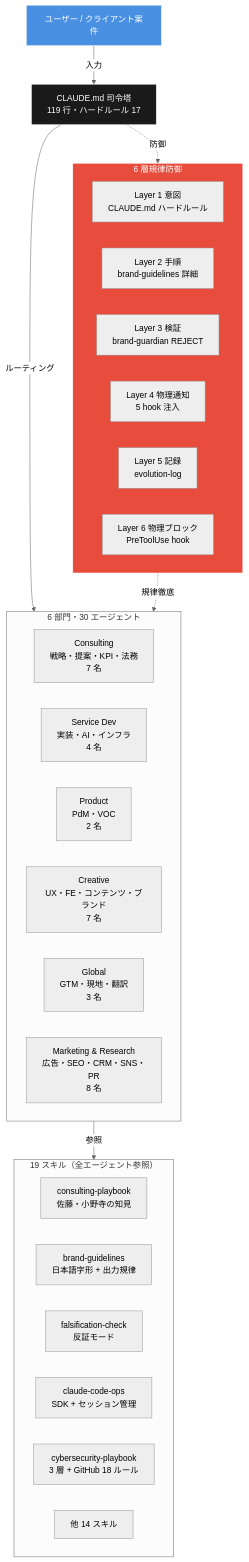
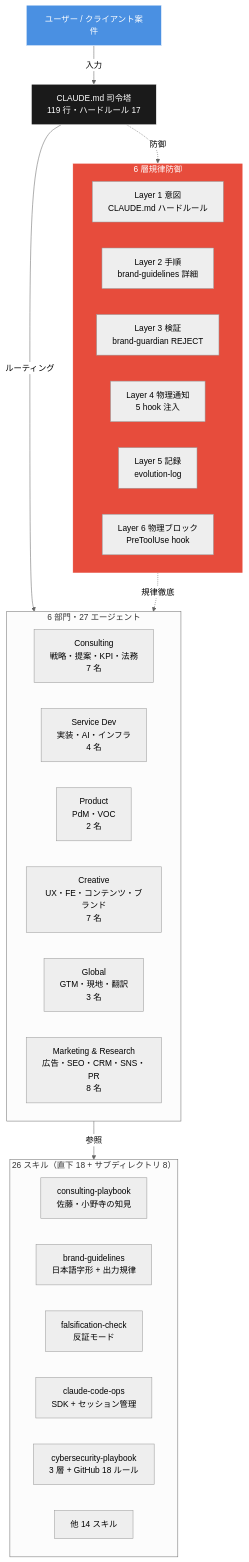
Before and after one commit to nbyk115/consulting-os: the first of 4 diagrams in README.md, drawn with Mermaid (neutral theme). The commit also changed other lines of this file and 4 other files, not shown here.

````diff
--- a/README.md
+++ b/README.md
@@ -7,42 +7,42 @@
 ```mermaid
 graph TB
     User[ユーザー / クライアント案件]
     CLAUDE[CLAUDE.md 司令塔<br/>119 行・ハードルール 17]
 
-    subgraph Departments["6 部門・30 エージェント"]
+    subgraph Departments["6 部門・27 エージェント"]
         Consulting[Consulting<br/>戦略・提案・KPI・法務<br/>7 名]
         ServiceDev[Service Dev<br/>実装・AI・インフラ<br/>4 名]
         Product[Product<br/>PdM・VOC<br/>2 名]
         Creative[Creative<br/>UX・FE・コンテンツ・ブランド<br/>7 名]
         Global[Global<br/>GTM・現地・翻訳<br/>3 名]
         Marketing[Marketing & Research<br/>広告・SEO・CRM・SNS・PR<br/>8 名]
     end
 
-    subgraph Skills["19 スキル（全エージェント参照）"]
+    subgraph Skills["26 スキル（直下 18 + サブディレクトリ 8）"]
         ConsultingPlaybook[consulting-playbook<br/>佐藤・小野寺の知見]
         BrandGuidelines[brand-guidelines<br/>日本語字形 + 出力規律]
         Falsification[falsification-check<br/>反証モード]
         ClaudeCodeOps[claude-code-ops<br/>SDK + セッション管理]
         Cybersecurity[cybersecurity-playbook<br/>3 層 + GitHub 18 ルール]
         OtherSkills[他 14 スキル]
     end
 
     subgraph Defense["6 層規律防御"]
         L1[Layer 1 意図<br/>CLAUDE.md ハードルール]
         L2[Layer 2 手順<br/>brand-guidelines 詳細]
         L3[Layer 3 検証<br/>brand-guardian REJECT]
         L4[Layer 4 物理通知<br/>5 hook 注入]
         L5[Layer 5 記録<br/>evolution-log]
         L6[Layer 6 物理ブロック<br/>PreToolUse hook]
     end
 
     User -->|入力| CLAUDE
     CLAUDE -->|ルーティング| Departments
     Departments -->|参照| Skills
     CLAUDE -.防御.-> Defense
     Defense -.規律徹底.-> Departments
 
     style CLAUDE fill:#1a1a1a,stroke:#fff,color:#fff
     style User fill:#4a90e2,stroke:#fff,color:#fff
     style Defense fill:#e74c3c,stroke:#fff,color:#fff
 ```
````
